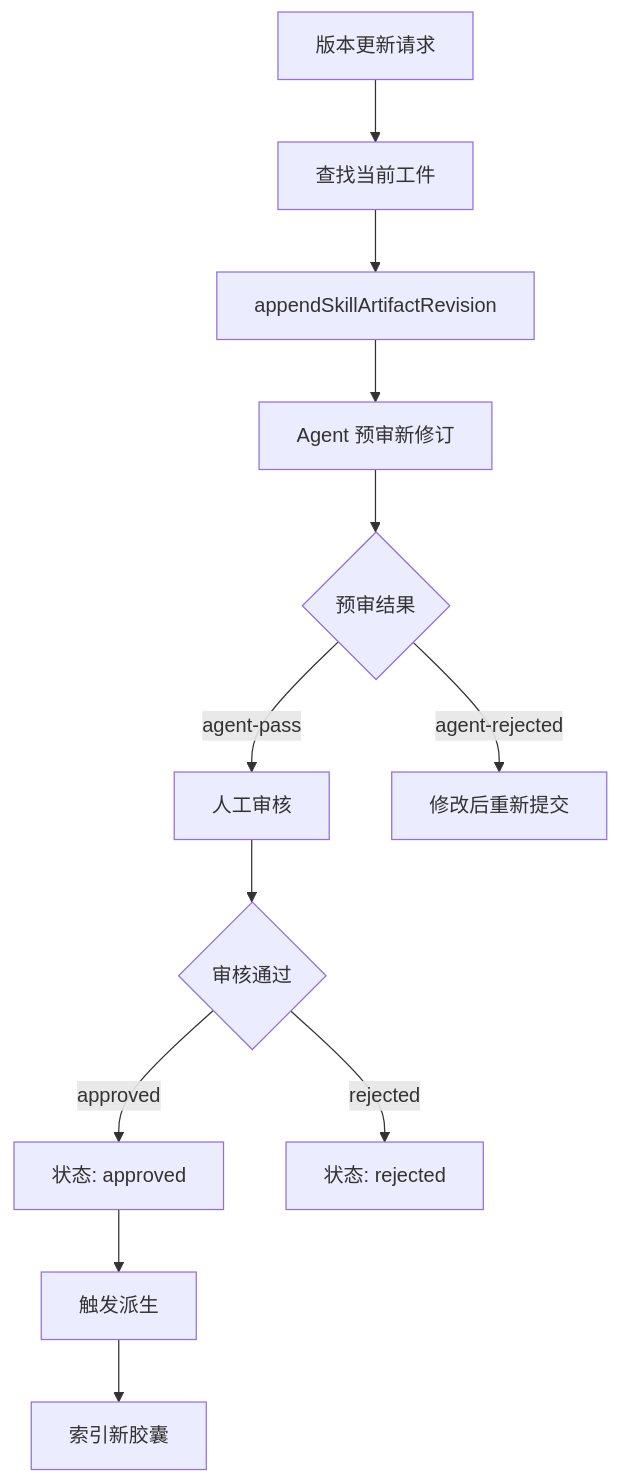
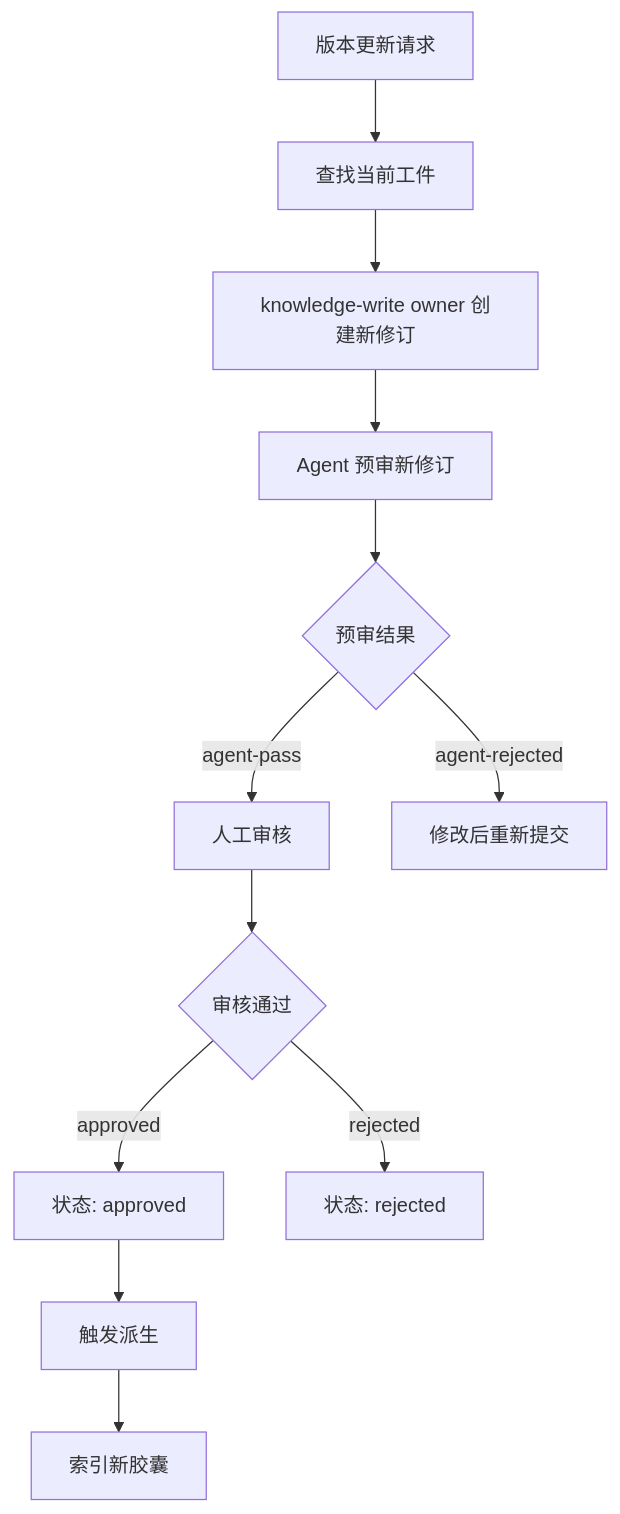
Before and after one commit to pofossette/TrapMap-for-vibing: the seventh of 7 diagrams in docs/architecture/components/ARTIFACTS.md, drawn with Mermaid. The commit also changed other lines of this file and 94 other files, not shown here.

````diff
--- a/docs/architecture/components/ARTIFACTS.md
+++ b/docs/architecture/components/ARTIFACTS.md
@@ -326,16 +326,16 @@
 ```mermaid
 flowchart TB
     A[版本更新请求] --> B[查找当前工件]
-    B --> C[appendSkillArtifactRevision]
+    B --> C[knowledge-write owner 创建新修订]
     C --> D[Agent 预审新修订]
     D --> E{预审结果}
     E -->|agent-pass| F[人工审核]
     E -->|agent-rejected| G[修改后重新提交]
     F --> H{审核通过}
     
     H -->|approved| I[状态: approved]
     H -->|rejected| J[状态: rejected]
     
     I --> K[触发派生]
     K --> L[索引新胶囊]
 ```
````
